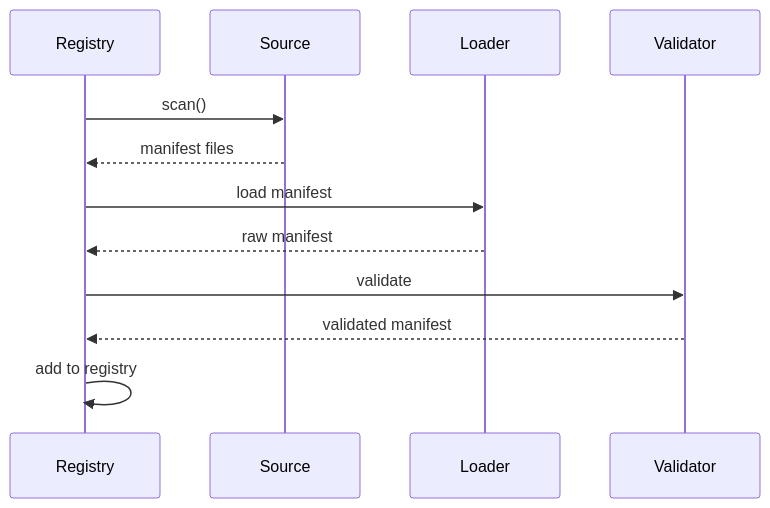
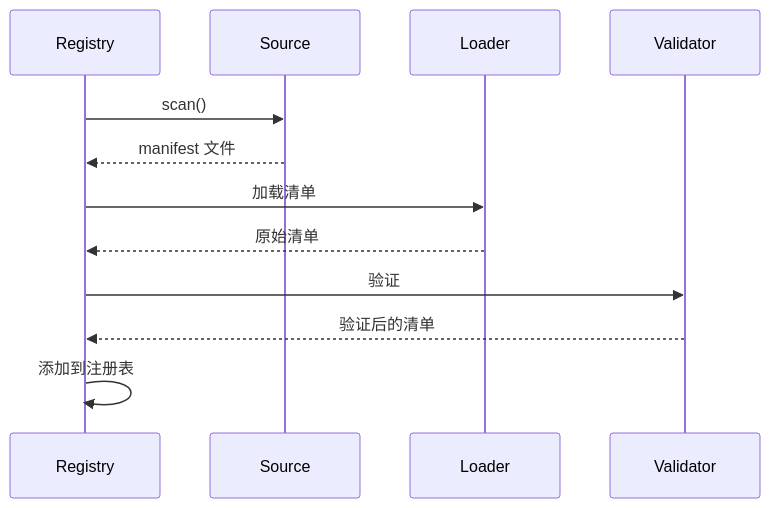
Before and after one commit to a576378368/openclaw_docs: the third of 3 diagrams in docs/zh/architecture-book/part-3-plugin-system/01-plugin-architecture.md, drawn with Mermaid. The commit also changed other lines of this file and 7 other files, not shown here.

````diff
--- a/docs/zh/architecture-book/part-3-plugin-system/01-plugin-architecture.md
+++ b/docs/zh/architecture-book/part-3-plugin-system/01-plugin-architecture.md
@@ -391,15 +391,15 @@
 ```mermaid
 sequenceDiagram
     participant Registry
     participant Source
     participant Loader
     participant Validator
 
     Registry->>Source: scan()
-    Source-->>Registry: manifest files
-    Registry->>Loader: load manifest
-    Loader-->>Registry: raw manifest
-    Registry->>Validator: validate
-    Validator-->>Registry: validated manifest
-    Registry->>Registry: add to registry
+    Source-->>Registry: manifest 文件
+    Registry->>Loader: 加载清单
+    Loader-->>Registry: 原始清单
+    Registry->>Validator: 验证
+    Validator-->>Registry: 验证后的清单
+    Registry->>Registry: 添加到注册表
 ```
````
